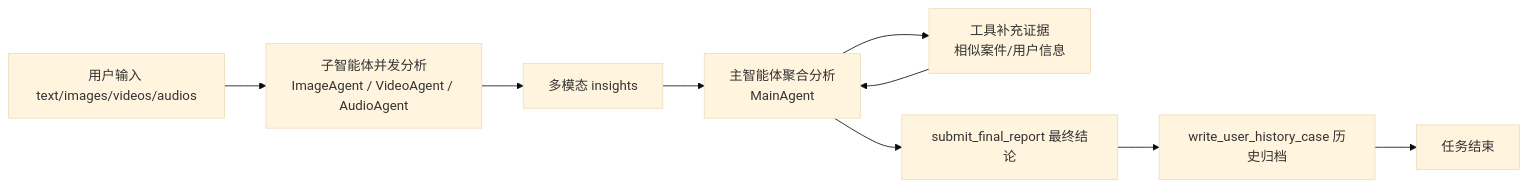
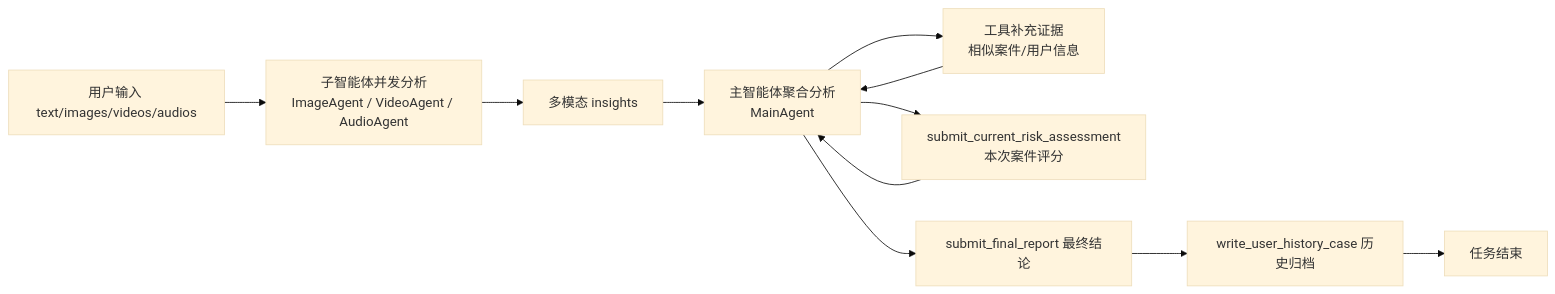
Before and after one commit to Yyzfddsdf/AntiFraud-AI-Assistant: the second of 2 diagrams in README.md, drawn with Mermaid (base theme). The commit also changed other lines of this file and 20 other files, not shown here.

````diff
--- a/README.md
+++ b/README.md
@@ -161,13 +161,14 @@
 ```mermaid
 flowchart LR
     U[用户输入 text/images/videos/audios]
     SA[子智能体并发分析<br/>ImageAgent / VideoAgent / AudioAgent]
     I[多模态 insights]
     MA[主智能体聚合分析<br/>MainAgent]
     T[工具补充证据<br/>相似案件/用户信息]
+    S[submit_current_risk_assessment<br/>本次案件评分]
     R[submit_final_report 最终结论]
     H[write_user_history_case 历史归档]
     E[任务结束]
 
-    U --> SA --> I --> MA --> T --> MA --> R --> H --> E
+    U --> SA --> I --> MA --> T --> MA --> S --> MA --> R --> H --> E
 ```
````
